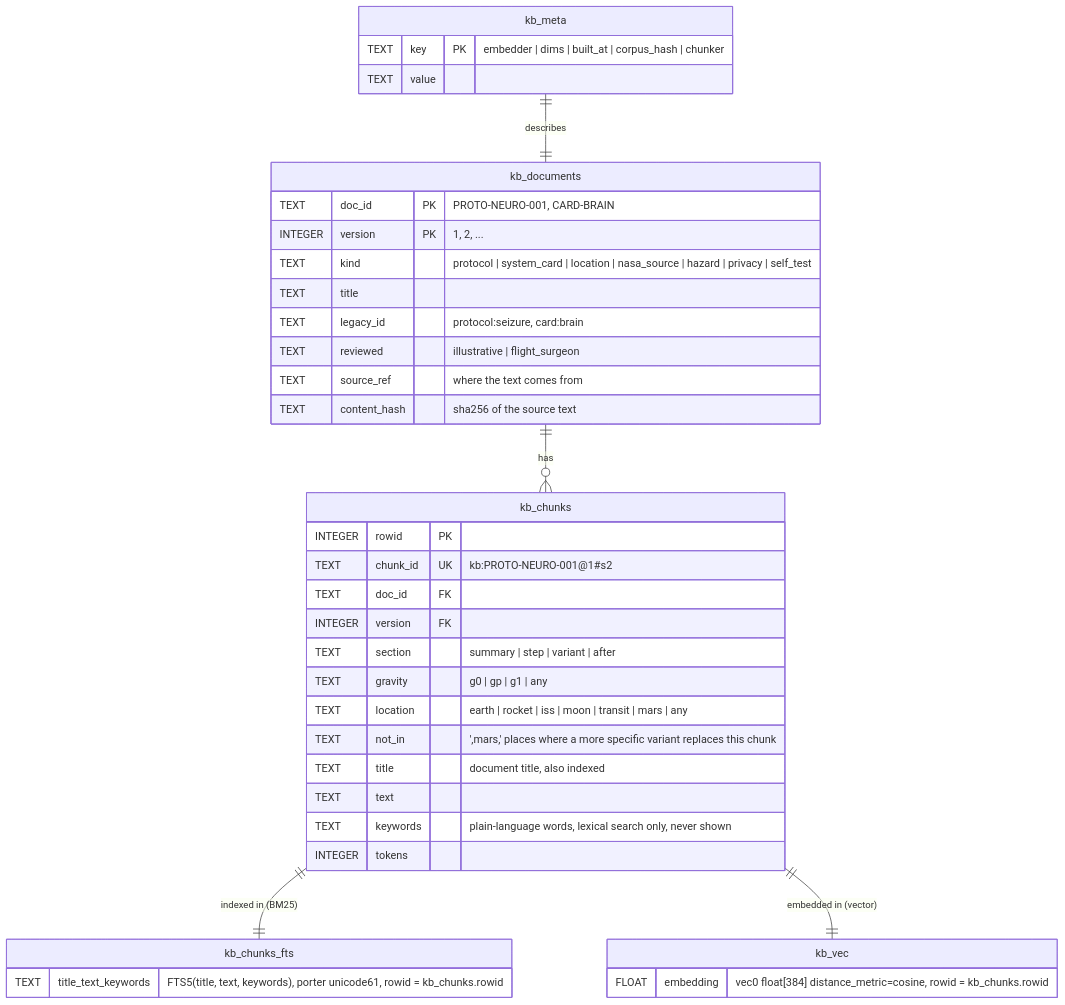
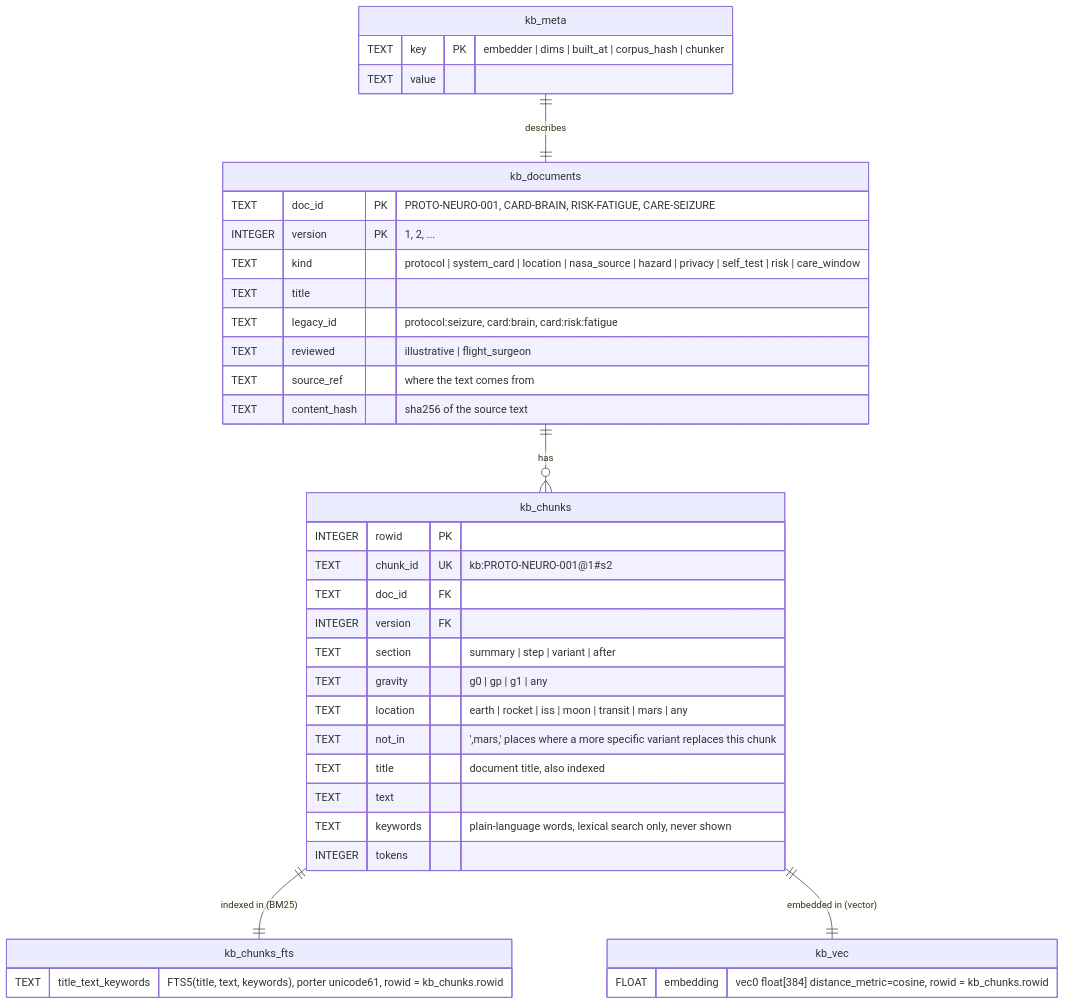
One commit to danielgacioly/canary changed the second of 2 diagrams in docs/ai/schema.md. Above: the diagram before and after it, drawn with Mermaid. The commit also changed other lines of this file and 3 other files, not shown here.

````diff
--- a/docs/ai/schema.md
+++ b/docs/ai/schema.md
@@ -78,42 +79,42 @@
 ```mermaid
 erDiagram
     kb_documents ||--o{ kb_chunks : has
     kb_chunks ||--|| kb_chunks_fts : "indexed in (BM25)"
     kb_chunks ||--|| kb_vec : "embedded in (vector)"
     kb_meta ||--|| kb_documents : describes
 
     kb_documents {
-        TEXT doc_id PK "PROTO-NEURO-001, CARD-BRAIN"
+        TEXT doc_id PK "PROTO-NEURO-001, CARD-BRAIN, RISK-FATIGUE, CARE-SEIZURE"
         INTEGER version PK "1, 2, ..."
-        TEXT kind "protocol | system_card | location | nasa_source | hazard | privacy | self_test"
+        TEXT kind "protocol | system_card | location | nasa_source | hazard | privacy | self_test | risk | care_window"
         TEXT title
-        TEXT legacy_id "protocol:seizure, card:brain"
+        TEXT legacy_id "protocol:seizure, card:brain, card:risk:fatigue"
         TEXT reviewed "illustrative | flight_surgeon"
         TEXT source_ref "where the text comes from"
         TEXT content_hash "sha256 of the source text"
     }
     kb_chunks {
         INTEGER rowid PK
         TEXT chunk_id UK "kb:PROTO-NEURO-001@1#s2"
         TEXT doc_id FK
         INTEGER version FK
         TEXT section "summary | step | variant | after"
         TEXT gravity "g0 | gp | g1 | any"
         TEXT location "earth | rocket | iss | moon | transit | mars | any"
         TEXT not_in "',mars,' places where a more specific variant replaces this chunk"
         TEXT title "document title, also indexed"
         TEXT text
         TEXT keywords "plain-language words, lexical search only, never shown"
         INTEGER tokens
     }
     kb_chunks_fts {
         TEXT title_text_keywords "FTS5(title, text, keywords), porter unicode61, rowid = kb_chunks.rowid"
     }
     kb_vec {
         FLOAT embedding "vec0 float[384] distance_metric=cosine, rowid = kb_chunks.rowid"
     }
     kb_meta {
         TEXT key PK "embedder | dims | built_at | corpus_hash | chunker"
         TEXT value
     }
 ```
````
